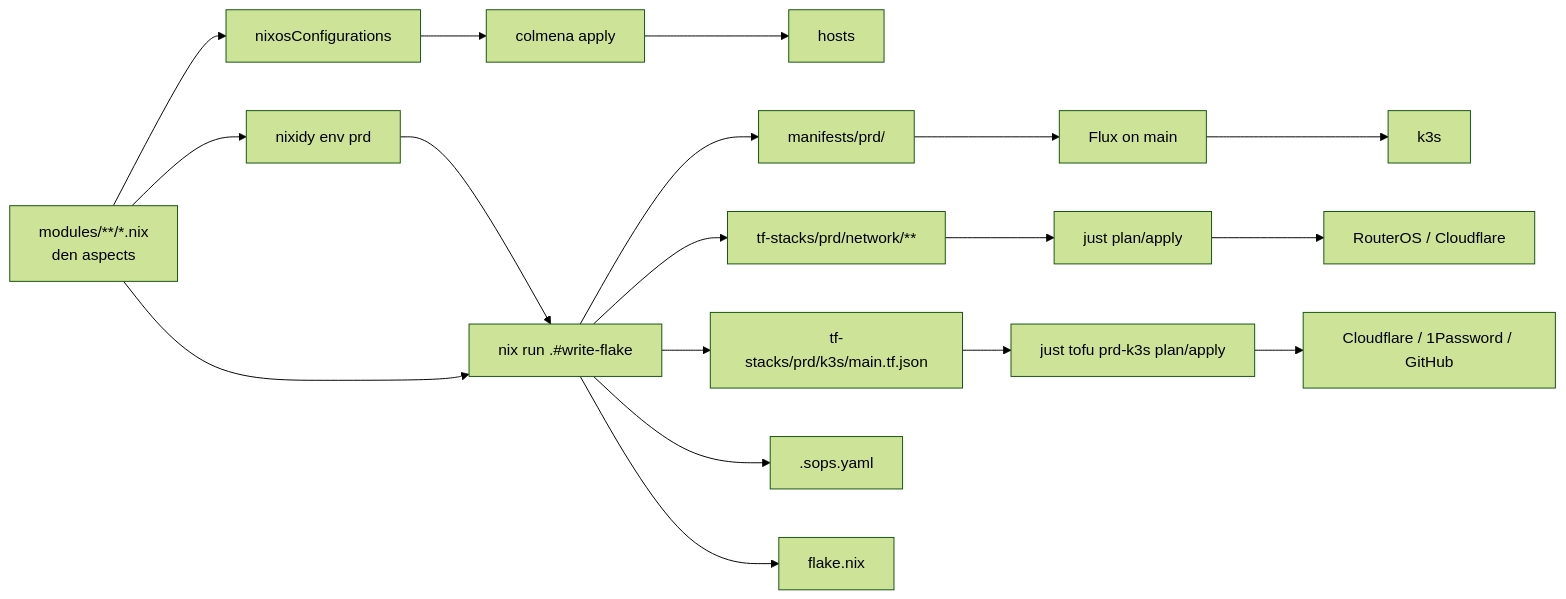
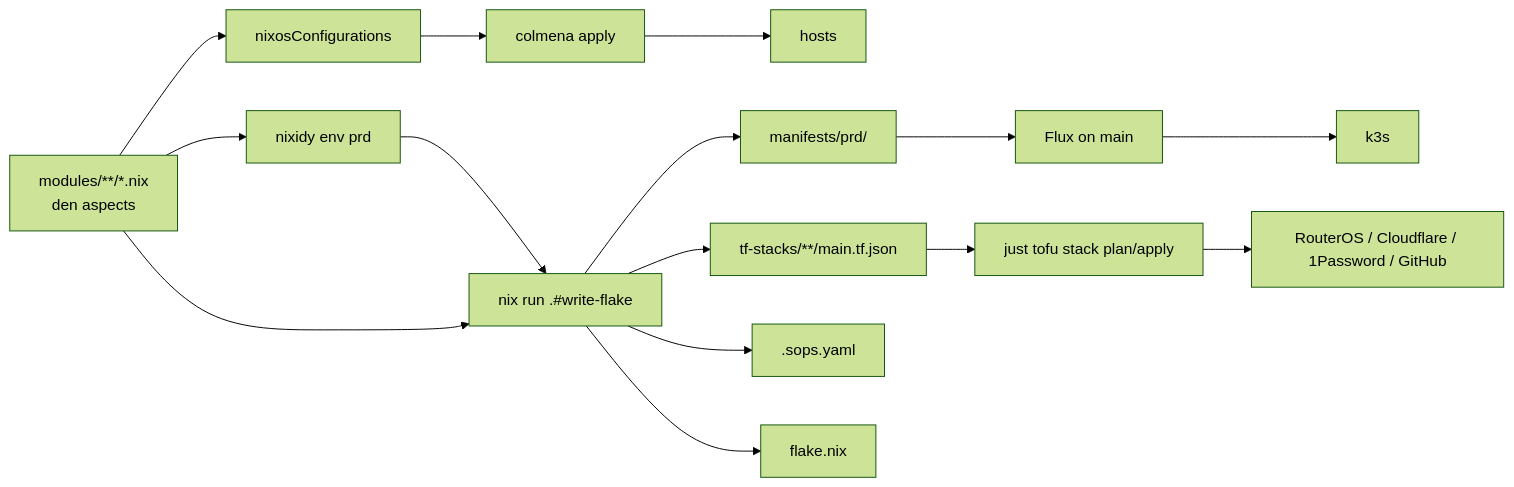
The diagram in AGENTS.md (kid/home-ops), drawn with Mermaid (forest theme) before and after one commit. The commit also changed other lines of this file and 52 other files, not shown here.

````diff
--- a/AGENTS.md
+++ b/AGENTS.md
@@ -16,10 +16,9 @@
 ```mermaid
 flowchart LR
   M[modules/**/*.nix<br/>den aspects] --> N[nixosConfigurations] --> C[colmena apply] --> H[hosts]
   M --> X[nixidy env prd] --> W[nix run .#write-flake] --> MP[manifests/prd/] --> F[Flux on main] --> K[k3s]
   M --> W
-  W --> TS[tf-stacks/prd/network/**] --> J[just plan/apply] --> R[RouterOS / Cloudflare]
-  W --> TJ[tf-stacks/prd/k3s/main.tf.json] --> JT[just tofu prd-k3s plan/apply] --> CR[Cloudflare / 1Password / GitHub]
+  W --> TJ[tf-stacks/**/main.tf.json] --> JT[just tofu stack plan/apply] --> CR[RouterOS / Cloudflare / 1Password / GitHub]
   W --> SY[.sops.yaml]
   W --> FN[flake.nix]
 ```
````
